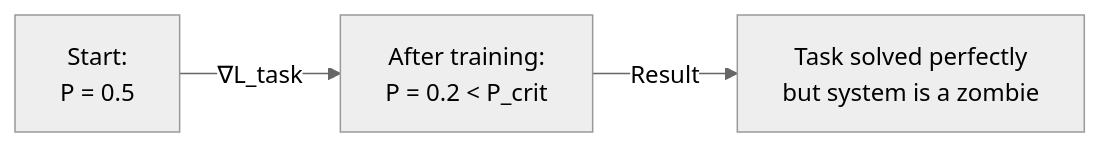
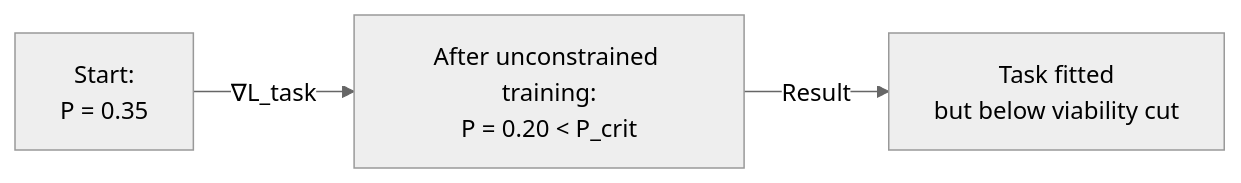
One commit to gst-st/uhm changed the third of 3 diagrams in website/docs/applied/research/engineering-insights.md. Above: the diagram before and after it, drawn with Mermaid (neutral theme). The commit also changed other lines of this file and 376 other files, not shown here.

First line of the commit message:
Refactor UHM canon, decontaminate architecture, and verify EN/RU parity

````diff
--- a/website/docs/applied/research/engineering-insights.md
+++ b/website/docs/applied/research/engineering-insights.md
@@ -260,5 +263,5 @@
 ```mermaid
 graph LR
-    A["Start:<br/>P = 0.5"] -->|"∇L_task"| B["After training:<br/>P = 0.2 < P_crit"]
-    B -->|"Result"| C["Task solved perfectly<br/>but system is a zombie"]
+    A["Start:<br/>P = 0.35"] -->|"∇L_task"| B["After unconstrained training:<br/>P = 0.20 < P_crit"]
+    B -->|"Result"| C["Task fitted<br/>but below viability cut"]
 ```
````
